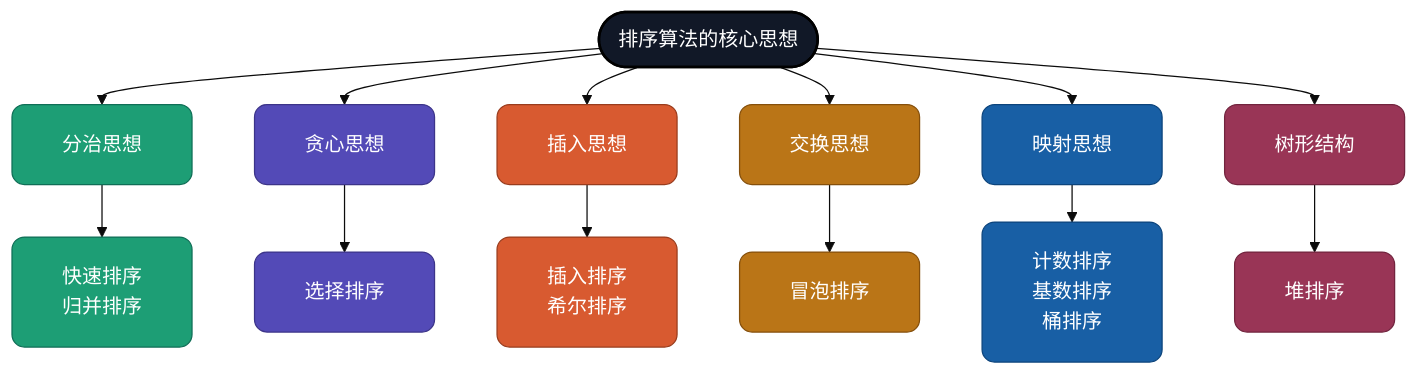
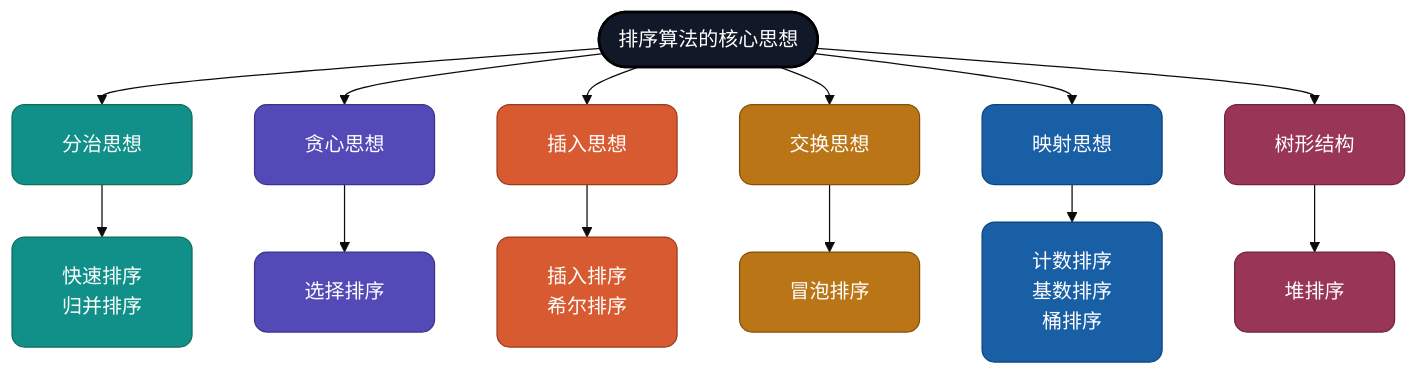
One commit to microwind/algorithms changed the first of 15 diagrams in sorting/AI-Era-Top-10-Sorting-Algorithms.md. Above: the diagram before and after it, drawn with Mermaid (base theme). The commit also changed other lines of this file and 2 other files, not shown here.

````diff
--- a/sorting/AI-Era-Top-10-Sorting-Algorithms.md
+++ b/sorting/AI-Era-Top-10-Sorting-Algorithms.md
@@ -25,38 +23,38 @@
 ```mermaid
 %%{init: {'flowchart': {'nodeSpacing': 50, 'rankSpacing': 30, 'padding': 20}}}%%
 graph TD
     ROOT(["排序算法的核心思想"]):::root
 
     ROOT --> A["分治思想"]
     ROOT --> B["贪心思想"]
     ROOT --> C["插入思想"]
     ROOT --> D["交换思想"]
     ROOT --> E["映射思想"]
     ROOT --> F["树形结构"]
 
     A --> A1["快速排序\n归并排序"]
     B --> B1["选择排序"]
     C --> C1["插入排序\n希尔排序"]
     D --> D1["冒泡排序"]
     E --> E1["计数排序\n基数排序\n桶排序"]
     F --> F1["堆排序"]
 
     %% root更突出
     classDef root fill:#111827,color:#ffffff,stroke:#000000,stroke-width:2px,rx:12,ry:12
 
     %% 分类层
-    style A fill:#1D9E75,stroke:#0F6E56,color:#ffffff,rx:10,ry:10
+    style A fill:#11908A,stroke:#0F6E56,color:#ffffff,rx:10,ry:10
     style B fill:#534AB7,stroke:#3C3489,color:#ffffff,rx:10,ry:10
     style C fill:#D85A30,stroke:#993C1D,color:#ffffff,rx:10,ry:10
     style D fill:#BA7517,stroke:#854F0B,color:#ffffff,rx:10,ry:10
     style E fill:#185FA5,stroke:#0C447C,color:#ffffff,rx:10,ry:10
     style F fill:#993556,stroke:#72243E,color:#ffffff,rx:10,ry:10
 
     %% 叶子层
-    style A1 fill:#1D9E75,stroke:#0F6E56,color:#ffffff,rx:10,ry:10
+    style A1 fill:#11908A,stroke:#0F6E56,color:#ffffff,rx:10,ry:10
     style B1 fill:#534AB7,stroke:#3C3489,color:#ffffff,rx:10,ry:10
     style C1 fill:#D85A30,stroke:#993C1D,color:#ffffff,rx:10,ry:10
     style D1 fill:#BA7517,stroke:#854F0B,color:#ffffff,rx:10,ry:10
     style E1 fill:#185FA5,stroke:#0C447C,color:#ffffff,rx:10,ry:10
     style F1 fill:#993556,stroke:#72243E,color:#ffffff,rx:10,ry:10
 ```
````
